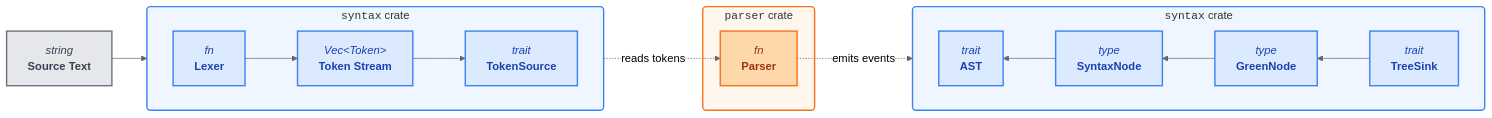
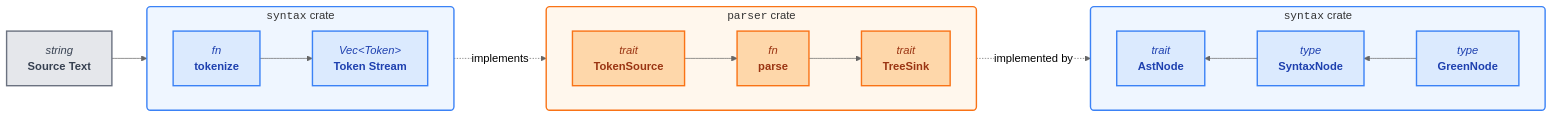
Before and after one commit to hdnax/dboxide: the diagram in doc/src/research/resources/rust-analyzer/syntax_tree_and_parser.md, drawn with Mermaid. The commit also changed other lines of this file, not shown here.

Commit message:
doc: fix links & mermaid diagrams

````diff
--- a/doc/src/research/resources/rust-analyzer/syntax_tree_and_parser.md
+++ b/doc/src/research/resources/rust-analyzer/syntax_tree_and_parser.md
@@ -502,50 +502,53 @@
 ```mermaid
 %%{init: {'theme':'neutral', 'themeVariables': {'fontSize':'16px'}}}%%
 flowchart LR
     A["<i>string</i><br/><b>Source Text</b>"]
 
     subgraph top["<code>syntax</code> crate"]
         direction LR
-        B["<i>fn</i><br/><b>Lexer</b>"]
+        B["<i>fn</i><br/><b>tokenize</b>"]
         C["<i>Vec&lt;Token&gt;</i><br/><b>Token Stream</b>"]
-        D["<i>trait</i><br/><b>TokenSource</b>"]
-        B --> C --> D
+        B --> C
     end
 
     subgraph P["<code>parser</code> crate"]
-        E["<i>fn</i><br/><b>Parser</b>"]
+        direction LR
+        D["<i>trait</i><br/><b>TokenSource</b>"]
+        E["<i>fn</i><br/><b>parse</b>"]
+        F["<i>trait</i><br/><b>TreeSink</b>"]
+        D --> E --> F
     end
 
     subgraph bottom["<code>syntax</code> crate"]
         direction RL
-        I["<i>trait</i><br/><b>AST</b>"]
+        I["<i>trait</i><br/><b>AstNode</b>"]
         H["<i>type</i><br/><b>SyntaxNode</b>"]
         G["<i>type</i><br/><b>GreenNode</b>"]
-        F["<i>trait</i><br/><b>TreeSink</b>"]
-        F --> G --> H --> I
+        G --> H --> I
     end
 
     A --> B
-    D -.->|reads tokens| E
-    E -.->|emits events| F
+    C -.->|implements| D
+    F -.->|implemented by| G
 
-    click B "https://github.com/rust-lang/rust-analyzer/blob/36a70b7435c48837018c71576d7bb4e8f763f501/crates/syntax/src/parsing/lexer.rs#L1-L50" "View Lexer source"
-    click D "https://github.com/rust-lang/rust-analyzer/blob/36a70b7435c48837018c71576d7bb4e8f763f501/crates/parser/src/lib.rs#L50-L70" "View TokenSource trait"
-    click E "https://github.com/rust-lang/rust-analyzer/blob/36a70b7435c48837018c71576d7bb4e8f763f501/crates/parser/src/lib.rs#L81-L100" "View parse function"
-    click F "https://github.com/rust-lang/rust-analyzer/blob/36a70b7435c48837018c71576d7bb4e8f763f501/crates/parser/src/lib.rs#L100-L120" "View TreeSink trait"
-    click G "https://github.com/rust-lang/rust-analyzer/blob/36a70b7435c48837018c71576d7bb4e8f763f501/crates/syntax/src/syntax_node.rs#L20-L35" "View GreenNode type"
-    click H "https://github.com/rust-lang/rust-analyzer/blob/36a70b7435c48837018c71576d7bb4e8f763f501/crates/syntax/src/syntax_node.rs#L29-L29" "View SyntaxNode type alias"
-    click I "https://github.com/rust-lang/rust-analyzer/blob/36a70b7435c48837018c71576d7bb4e8f763f501/crates/syntax/src/ast.rs#L39-L50" "View AstNode trait"
+    click B "https://github.com/rust-lang/rust-analyzer/blob/cf5bdf464cad7ceb9a67e07985a3f4d3799ec0b6/crates/ra_syntax/src/parsing/lexer.rs#L30-L92" "View tokenize function"
+    click C "https://github.com/rust-lang/rust-analyzer/blob/cf5bdf464cad7ceb9a67e07985a3f4d3799ec0b6/crates/ra_syntax/src/parsing/lexer.rs#L9-L15" "View Token struct"
+    click D "https://github.com/rust-lang/rust-analyzer/blob/cf5bdf464cad7ceb9a67e07985a3f4d3799ec0b6/crates/ra_parser/src/lib.rs#L30-L44" "View TokenSource trait"
+    click E "https://github.com/rust-lang/rust-analyzer/blob/cf5bdf464cad7ceb9a67e07985a3f4d3799ec0b6/crates/ra_parser/src/lib.rs#L81-L84" "View parse function"
+    click F "https://github.com/rust-lang/rust-analyzer/blob/cf5bdf464cad7ceb9a67e07985a3f4d3799ec0b6/crates/ra_parser/src/lib.rs#L56-L69" "View TreeSink trait"
+    click G "https://github.com/rust-lang/rust-analyzer/blob/cf5bdf464cad7ceb9a67e07985a3f4d3799ec0b6/crates/ra_syntax/src/syntax_node.rs#L10-L10" "View GreenNode type"
+    click H "https://github.com/rust-lang/rust-analyzer/blob/cf5bdf464cad7ceb9a67e07985a3f4d3799ec0b6/crates/ra_syntax/src/syntax_node.rs#L33-L34" "View SyntaxNode type alias"
+    click I "https://github.com/rust-lang/rust-analyzer/blob/cf5bdf464cad7ceb9a67e07985a3f4d3799ec0b6/crates/ra_syntax/src/ast.rs#L31-L42" "View AstNode trait"
 
     classDef syntaxNode fill:#dbeafe,stroke:#3b82f6,stroke-width:2px,color:#1e40af
     classDef parserNode fill:#fed7aa,stroke:#f97316,stroke-width:2px,color:#9a3412
     classDef inputNode fill:#e5e7eb,stroke:#6b7280,stroke-width:2px,color:#374151
 
-    class B,C,D,F,G,H,I syntaxNode
-    class E parserNode
+    class B,C,G,H,I syntaxNode
+    class D,E,F parserNode
     class A inputNode
 
     style top fill:#eff6ff,stroke:#3b82f6,stroke-width:2px,rx:5
     style bottom fill:#eff6ff,stroke:#3b82f6,stroke-width:2px,rx:5
     style P fill:#fff7ed,stroke:#f97316,stroke-width:2px,rx:5
 ```
````
